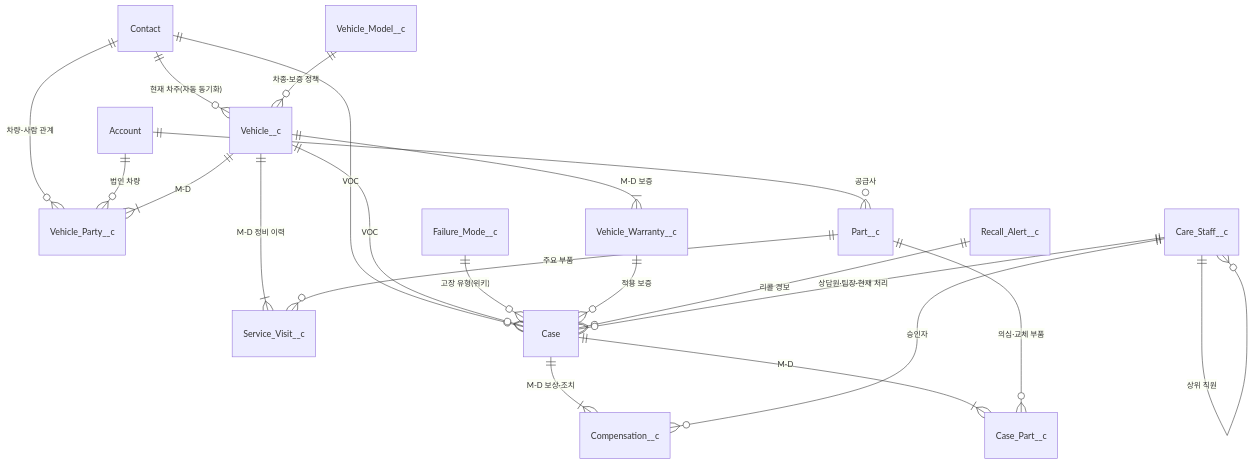
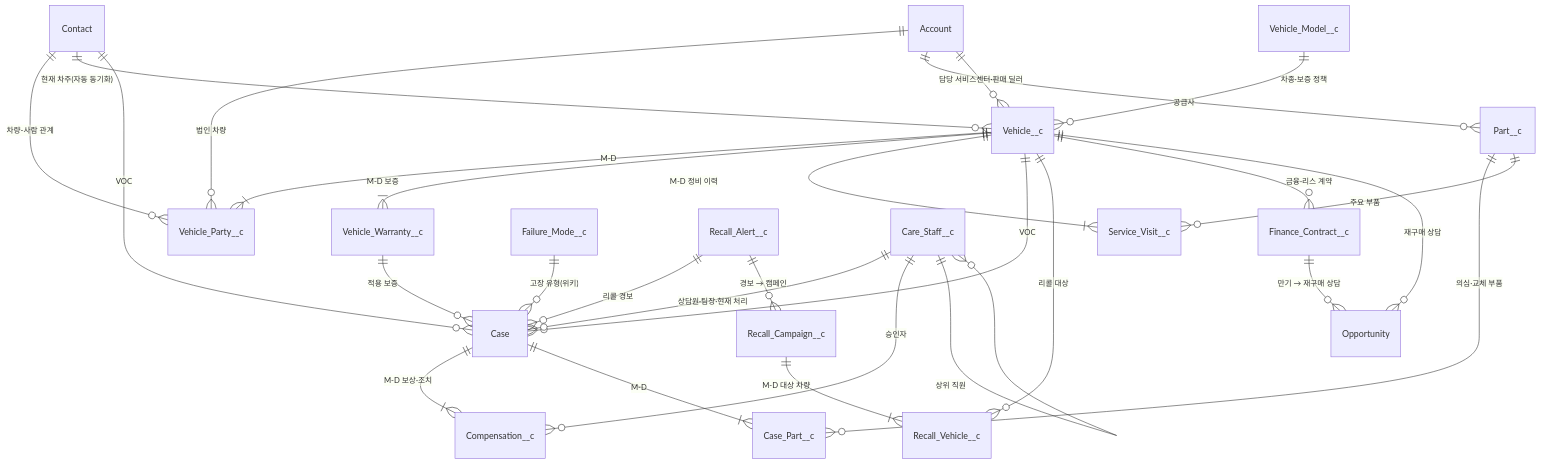
The second of 2 diagrams in README.md (jhheo51-arch/aurora-owners-360), drawn with Mermaid before and after one commit. The commit also changed other lines of this file and 162 other files, not shown here.

First line of the commit message:
v5 리텐션·재구매: 서비스 네트워크·리콜 캠페인·금융 만기 → 재구매 상담·고객 건강 점수

````diff
--- a/README.md
+++ b/README.md
@@ -119,23 +120,30 @@
 ```mermaid
 erDiagram
     Contact ||--o{ Vehicle_Party__c : "차량-사람 관계"
     Account ||--o{ Vehicle_Party__c : "법인 차량"
     Vehicle__c ||--|{ Vehicle_Party__c : "M-D"
     Contact ||--o{ Vehicle__c : "현재 차주(자동 동기화)"
     Vehicle_Model__c ||--o{ Vehicle__c : "차종·보증 정책"
     Vehicle__c ||--|{ Vehicle_Warranty__c : "M-D 보증"
     Vehicle__c ||--|{ Service_Visit__c : "M-D 정비 이력"
     Contact ||--o{ Case : "VOC"
     Vehicle__c ||--o{ Case : "VOC"
     Case ||--|{ Compensation__c : "M-D 보상·조치"
     Case ||--|{ Case_Part__c : "M-D"
     Part__c ||--o{ Case_Part__c : "의심·교체 부품"
     Part__c ||--o{ Service_Visit__c : "주요 부품"
     Account ||--o{ Part__c : "공급사"
     Failure_Mode__c ||--o{ Case : "고장 유형(위키)"
     Vehicle_Warranty__c ||--o{ Case : "적용 보증"
     Recall_Alert__c ||--o{ Case : "리콜 경보"
     Care_Staff__c ||--o{ Case : "상담원·팀장·현재 처리"
     Care_Staff__c ||--o{ Compensation__c : "승인자"
     Care_Staff__c ||--o{ Care_Staff__c : "상위 직원"
+    Account ||--o{ Vehicle__c : "담당 서비스센터·판매 딜러"
+    Recall_Alert__c ||--o{ Recall_Campaign__c : "경보 → 캠페인"
+    Recall_Campaign__c ||--|{ Recall_Vehicle__c : "M-D 대상 차량"
+    Vehicle__c ||--o{ Recall_Vehicle__c : "리콜 대상"
+    Vehicle__c ||--o{ Finance_Contract__c : "금융·리스 계약"
+    Finance_Contract__c ||--o{ Opportunity : "만기 → 재구매 상담"
+    Vehicle__c ||--o{ Opportunity : "재구매 상담"
 ```
````
